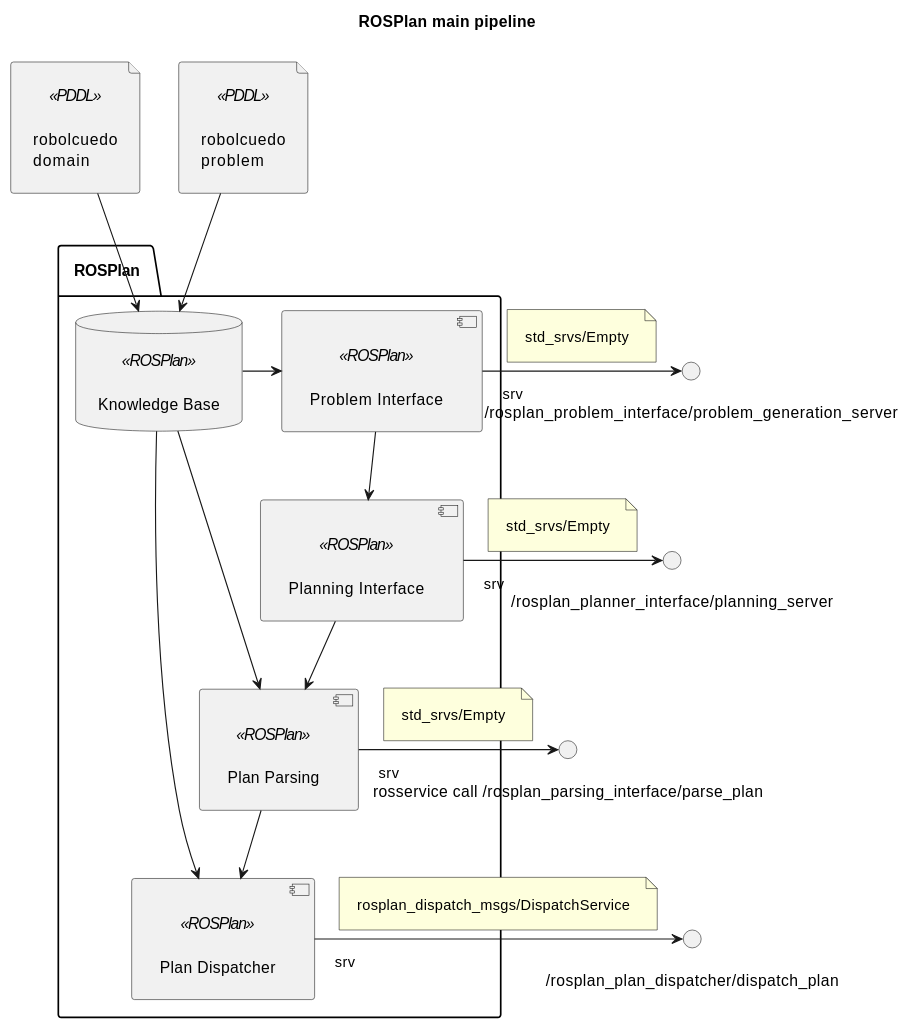
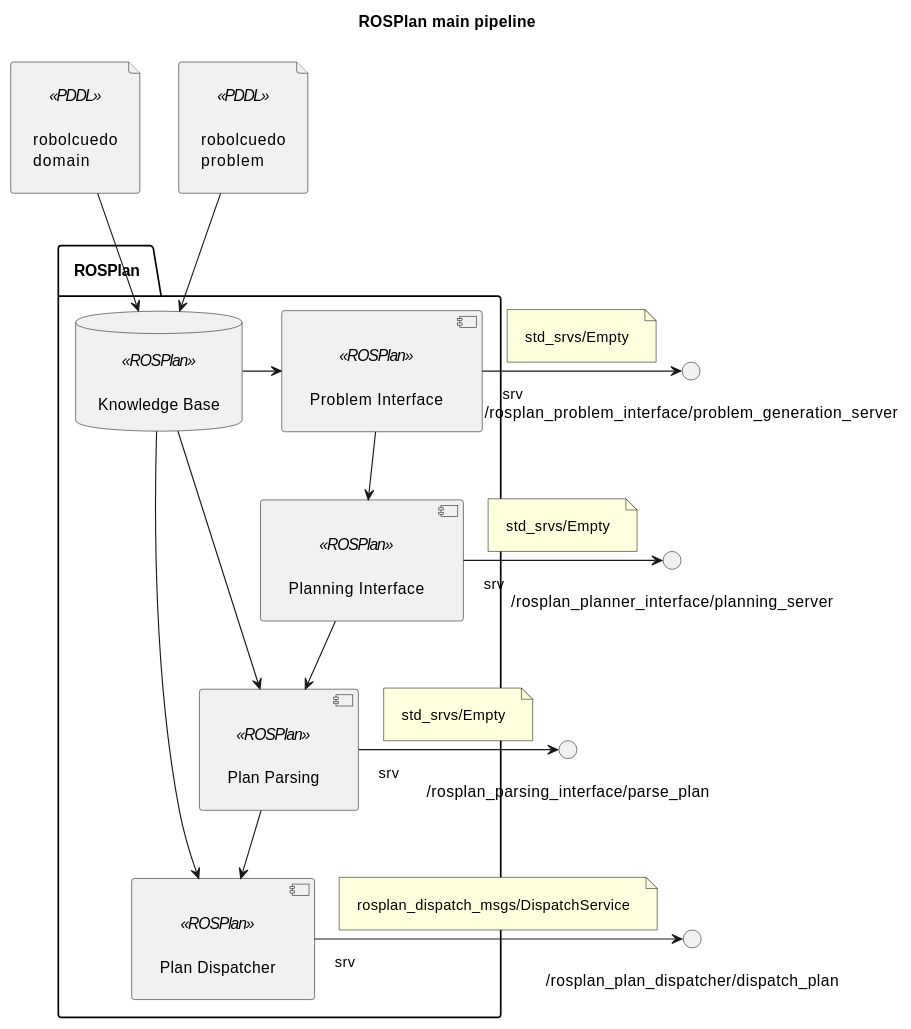
Before and after one commit to programmatoroSeduto/ExperimentalRoboticsLab-Assignment-2: the first of 3 diagrams in robocluedo_rosplan/_uml/rosplan-pipeline.md, drawn with PlantUML. The commit also changed other lines of this file and 131 other files, not shown here.

````diff
--- a/robocluedo_rosplan/_uml/rosplan-pipeline.md
+++ b/robocluedo_rosplan/_uml/rosplan-pipeline.md
@@ -6,51 +6,51 @@
 ```{uml} 
 @startuml
 
 ''' INFOS
 title ROSPlan main pipeline
 skinparam Padding 10
 allow_mixing
 
 
 ''' COMPONENTS
 file "robolcuedo\nproblem" <<PDDL>> as PROBLEM
 file "robolcuedo\ndomain" <<PDDL>> as DOMAIN
 
 package "ROSPlan"{
   database "Knowledge Base" <<ROSPlan>> as RP_KB
   component "Problem Interface" <<ROSPlan>> as RP_PROBLEM
   component "Planning Interface" <<ROSPlan>> as RP_PLAN
   component "Plan Parsing" <<ROSPlan>> as RP_PARSE
   component "Plan Dispatcher" <<ROSPlan>> as RP_DISPATCH
   
   RP_KB -right-> RP_PROBLEM
   RP_PROBLEM --> RP_PLAN
   RP_PLAN --> RP_PARSE
   RP_KB --> RP_PARSE
   RP_PARSE --> RP_DISPATCH
   RP_KB --> RP_DISPATCH
 }
 
 ''' INTERFACES
 () "/rosplan_problem_interface/problem_generation_server" as SRV_PROBLEM_TRIG
 RP_PROBLEM "srv" -right-> SRV_PROBLEM_TRIG
 note on link : std_srvs/Empty
 
 () "/rosplan_planner_interface/planning_server" as SRV_PLAN_TRIG
 RP_PLAN "srv" -right-> SRV_PLAN_TRIG
 note on link : std_srvs/Empty
 
-() "rosservice call /rosplan_parsing_interface/parse_plan" as SRV_PARSE_TRIG
+() "/rosplan_parsing_interface/parse_plan" as SRV_PARSE_TRIG
 RP_PARSE "srv" -right-> SRV_PARSE_TRIG
 note on link : std_srvs/Empty
 
 () "/rosplan_plan_dispatcher/dispatch_plan" as SRV_DISPATCH_TRIG
 RP_DISPATCH "srv" -right-> SRV_DISPATCH_TRIG
 note on link : rosplan_dispatch_msgs/DispatchService
 
 ''' CONNECTIONS
 RP_KB <-up- PROBLEM
 RP_KB <-up- DOMAIN
 
 @enduml
 ```
````
